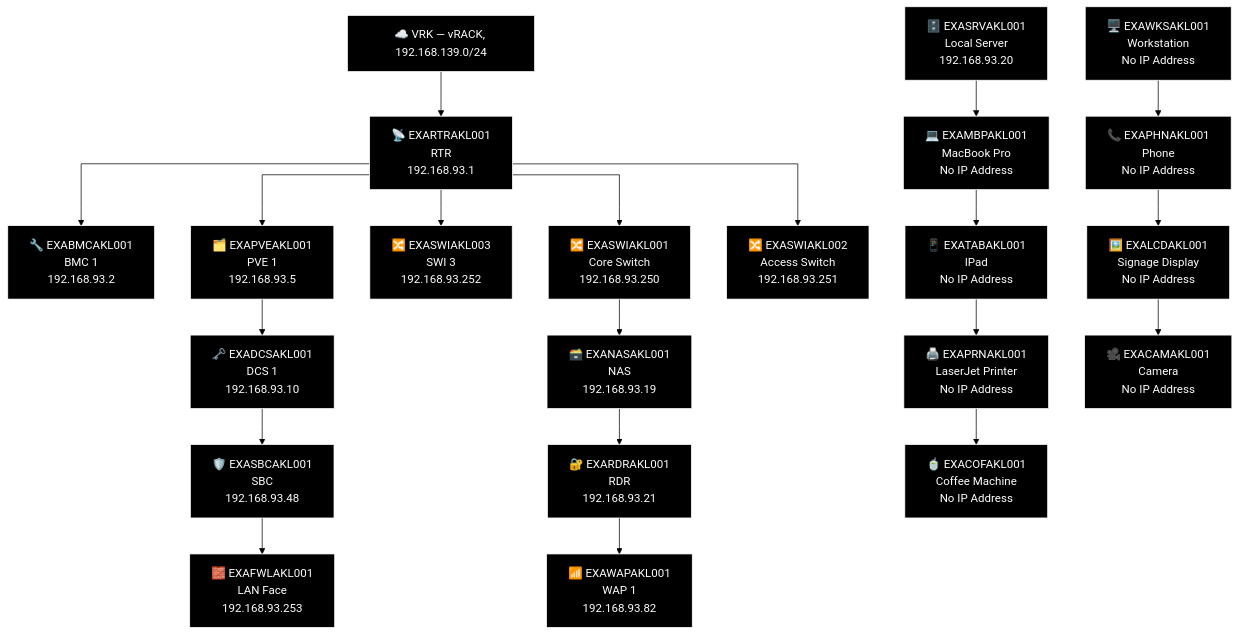
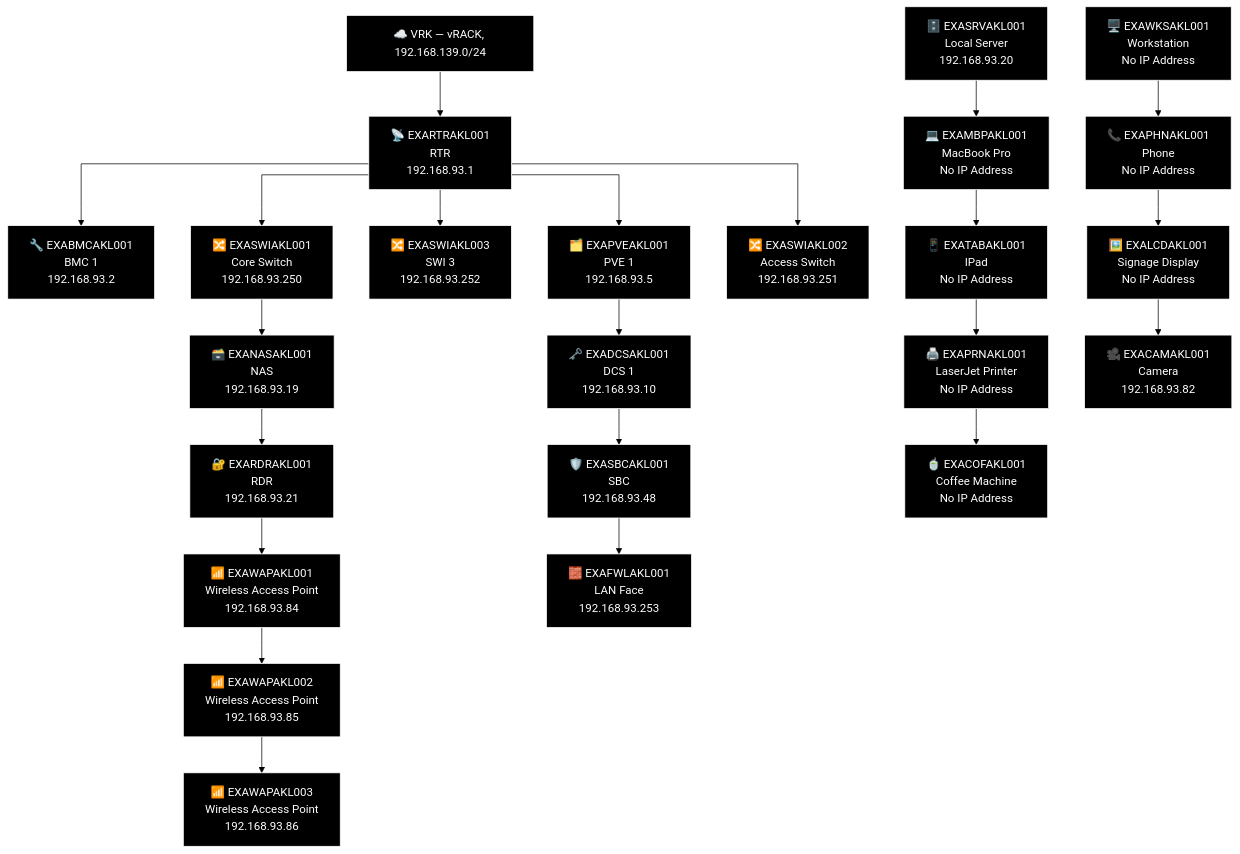
Before and after one commit to knightmare2600/example_music_infra: the third of 3 diagrams in docs/network-diagram/new-zealand.md, drawn with Mermaid (forest theme). The commit also changed 25 other files, not shown here.

````diff
--- a/docs/network-diagram/new-zealand.md
+++ b/docs/network-diagram/new-zealand.md
@@ -139,60 +139,64 @@
 ```mermaid
 %% GENERATED:TOPOLOGY:AKL:START
 %%{init: {'flowchart': {'curve': 'stepAfter'}}}%%
 graph TD
     T_VRK["☁️ VRK — vRACK, 192.168.139.0/24"]
     T_RTR["📡 EXARTRAKL001<br/>RTR<br/>192.168.93.1"]
     T_VRK --> T_RTR
     T_BMC["🔧 EXABMCAKL001<br/>BMC 1<br/>192.168.93.2"]
     T_RTR --> T_BMC
     T_PVE["🗂️ EXAPVEAKL001<br/>PVE 1<br/>192.168.93.5"]
     T_RTR --> T_PVE
     T_SWI["🔀 EXASWIAKL003<br/>SWI 3<br/>192.168.93.252"]
     T_RTR --> T_SWI
     T_SWI2["🔀 EXASWIAKL001<br/>Core Switch<br/>192.168.93.250"]
     T_RTR --> T_SWI2
     T_SWI3["🔀 EXASWIAKL002<br/>Access Switch<br/>192.168.93.251"]
     T_RTR --> T_SWI3
     T_NAS["🗃️ EXANASAKL001<br/>NAS<br/>192.168.93.19"]
     T_RDR["🔐 EXARDRAKL001<br/>RDR<br/>192.168.93.21"]
-    T_WAP["📶 EXAWAPAKL001<br/>WAP 1<br/>192.168.93.82"]
-    T_SWI2 --> T_NAS --> T_RDR --> T_WAP
+    T_WAP["📶 EXAWAPAKL001<br/>Wireless Access Point<br/>192.168.93.84"]
+    T_WAP2["📶 EXAWAPAKL002<br/>Wireless Access Point<br/>192.168.93.85"]
+    T_WAP3["📶 EXAWAPAKL003<br/>Wireless Access Point<br/>192.168.93.86"]
+    T_SWI2 --> T_NAS --> T_RDR --> T_WAP --> T_WAP2 --> T_WAP3
     T_DCS["🗝️ EXADCSAKL001<br/>DCS 1<br/>192.168.93.10"]
     T_SBC["🛡️ EXASBCAKL001<br/>SBC<br/>192.168.93.48"]
     T_FWL["🧱 EXAFWLAKL001<br/>LAN Face<br/>192.168.93.253"]
     T_PVE --> T_DCS --> T_SBC --> T_FWL
     T_SRV["🗄️ EXASRVAKL001<br/>Local Server<br/>192.168.93.20"]
     T_WKS["🖥️ EXAWKSAKL001<br/>Workstation<br/>No IP Address"]
     T_MBP["💻 EXAMBPAKL001<br/>MacBook Pro<br/>No IP Address"]
     T_PHN["📞 EXAPHNAKL001<br/>Phone<br/>No IP Address"]
     T_TAB["📱 EXATABAKL001<br/>IPad<br/>No IP Address"]
     T_LCD["🖼️ EXALCDAKL001<br/>Signage Display<br/>No IP Address"]
     T_PRN["🖨️ EXAPRNAKL001<br/>LaserJet Printer<br/>No IP Address"]
-    T_CAM["🎥 EXACAMAKL001<br/>Camera<br/>No IP Address"]
+    T_CAM["🎥 EXACAMAKL001<br/>Camera<br/>192.168.93.82"]
     T_COF["🍵 EXACOFAKL001<br/>Coffee Machine<br/>No IP Address"]
     T_SRV --> T_MBP --> T_TAB --> T_PRN --> T_COF
     T_WKS --> T_PHN --> T_LCD --> T_CAM
     style T_VRK fill:#000000,stroke:#FFFFFF,color:#FFFFFF
     style T_RTR fill:#000000,stroke:#FFFFFF,color:#FFFFFF
     style T_BMC fill:#000000,stroke:#FFFFFF,color:#FFFFFF
     style T_PVE fill:#000000,stroke:#FFFFFF,color:#FFFFFF
     style T_SWI fill:#000000,stroke:#FFFFFF,color:#FFFFFF
     style T_SWI2 fill:#000000,stroke:#FFFFFF,color:#FFFFFF
     style T_SWI3 fill:#000000,stroke:#FFFFFF,color:#FFFFFF
     style T_NAS fill:#000000,stroke:#FFFFFF,color:#FFFFFF
     style T_RDR fill:#000000,stroke:#FFFFFF,color:#FFFFFF
     style T_WAP fill:#000000,stroke:#FFFFFF,color:#FFFFFF
+    style T_WAP2 fill:#000000,stroke:#FFFFFF,color:#FFFFFF
+    style T_WAP3 fill:#000000,stroke:#FFFFFF,color:#FFFFFF
     style T_DCS fill:#000000,stroke:#FFFFFF,color:#FFFFFF
     style T_SBC fill:#000000,stroke:#FFFFFF,color:#FFFFFF
     style T_FWL fill:#000000,stroke:#FFFFFF,color:#FFFFFF
     style T_SRV fill:#000000,stroke:#FFFFFF,color:#FFFFFF
     style T_WKS fill:#000000,stroke:#FFFFFF,color:#FFFFFF
     style T_MBP fill:#000000,stroke:#FFFFFF,color:#FFFFFF
     style T_PHN fill:#000000,stroke:#FFFFFF,color:#FFFFFF
     style T_TAB fill:#000000,stroke:#FFFFFF,color:#FFFFFF
     style T_LCD fill:#000000,stroke:#FFFFFF,color:#FFFFFF
     style T_PRN fill:#000000,stroke:#FFFFFF,color:#FFFFFF
     style T_CAM fill:#000000,stroke:#FFFFFF,color:#FFFFFF
     style T_COF fill:#000000,stroke:#FFFFFF,color:#FFFFFF
 %% GENERATED:TOPOLOGY:AKL:END
 ```
````
